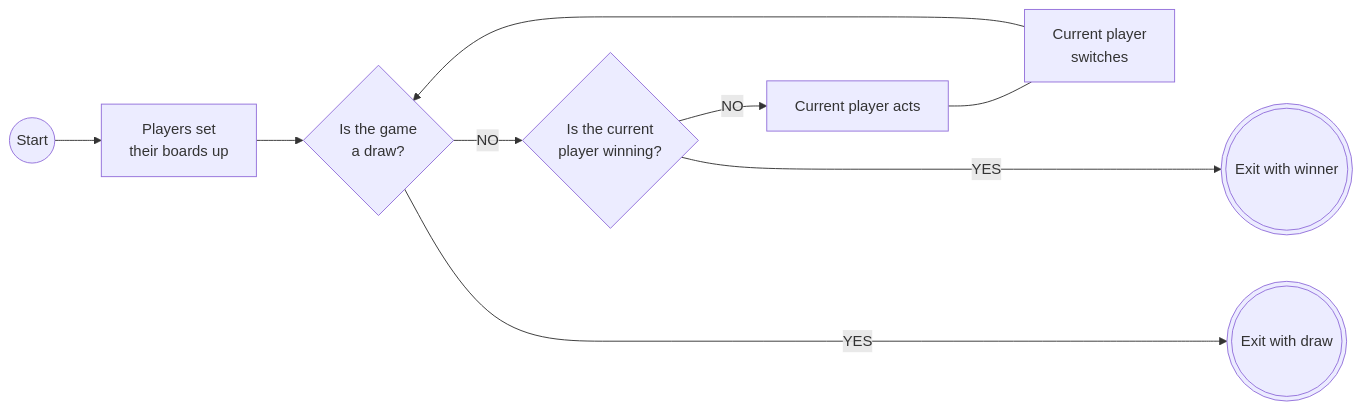
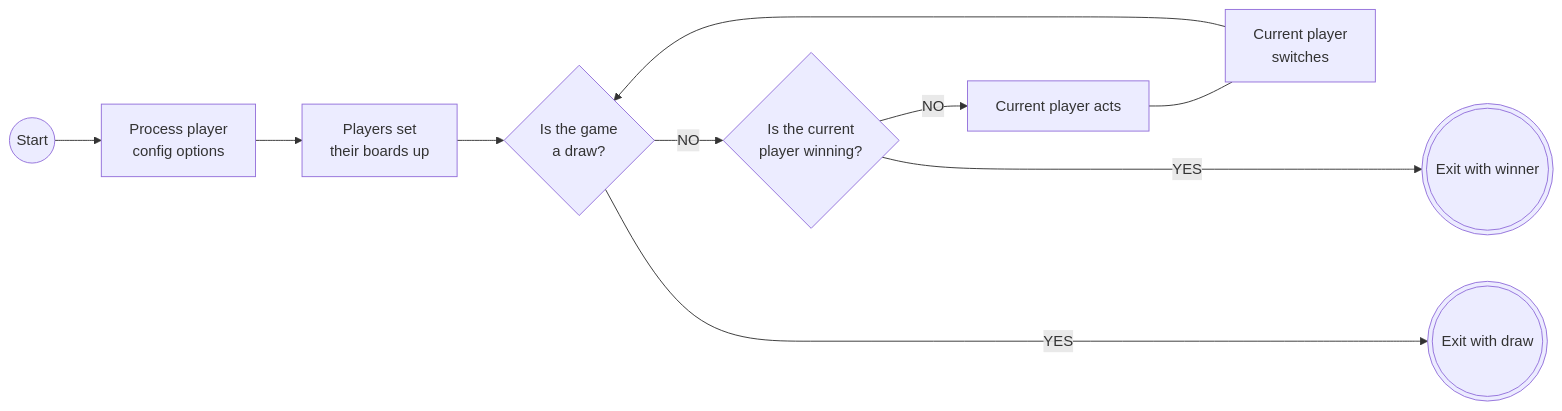
One commit to Tomocza/cpp-stratego changed the first of 3 diagrams in README.md. Above: the diagram before and after it, drawn with Mermaid.

Commit message:
amend top level flowchart

````diff
--- a/README.md
+++ b/README.md
@@ -8,26 +8,29 @@
 ```mermaid
 
 flowchart LR
 START(("Start"))
+playerConfig["Process player 
+              config options"]
 boardSetup["Players set 
             their boards up"]
 isDraw{"Is the game 
         a draw?"}
 isPlayerWin{"Is the current
             player winning?"}
 playerActs["Current player acts"]
 playerSwitch["Current player
               switches"]
 END0((("Exit with winner")))
 END1((("Exit with draw")))
 
-START --> boardSetup
+START --> playerConfig
+playerConfig --> boardSetup
 boardSetup --> isDraw
 isDraw -- NO --> isPlayerWin
 isDraw -- YES -----> END1
 isPlayerWin -- NO --> playerActs
 isPlayerWin -- YES ----> END0
 playerActs --- playerSwitch
 playerSwitch --> isDraw
 
 ```
````
